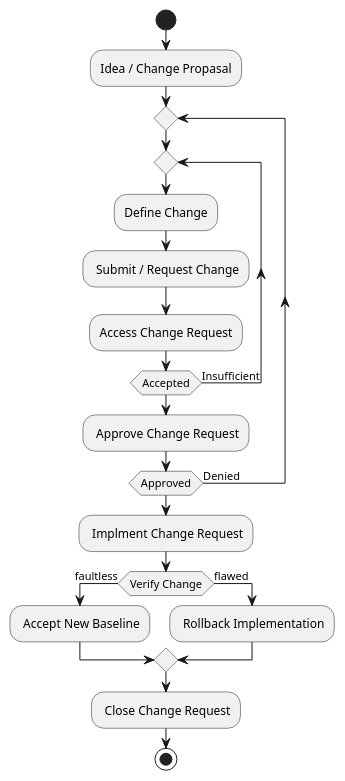
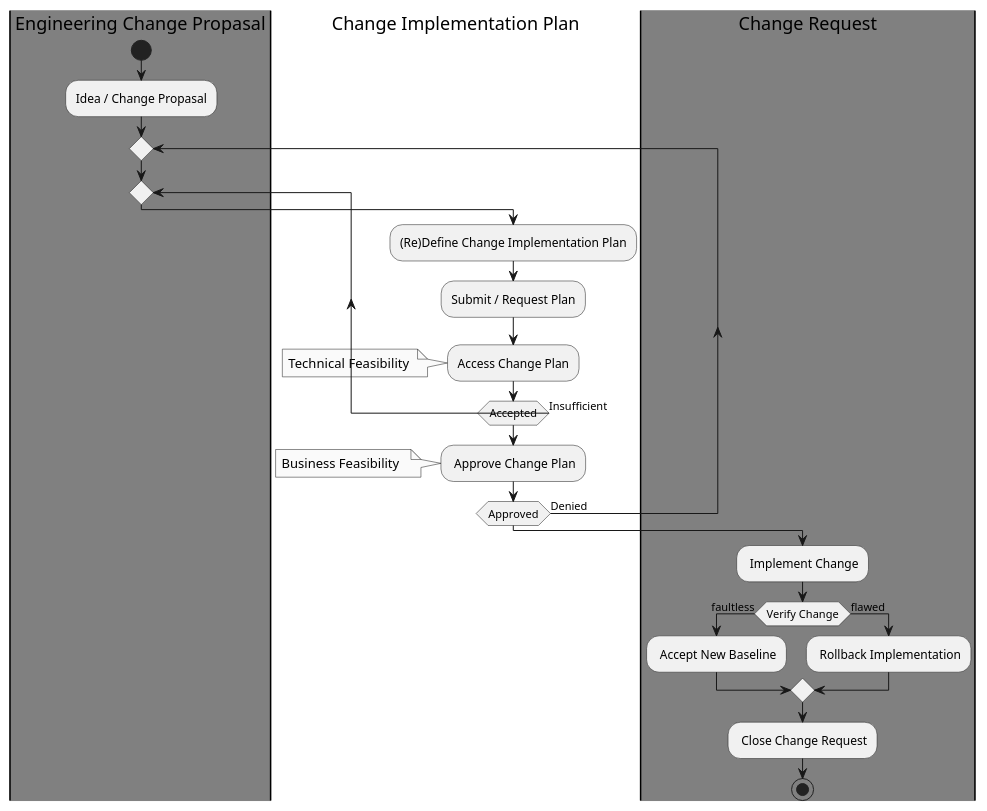
One commit to TristanMoe/CompanyH changed the diagram in Diagrammer/changediagram.wsd. Above: the diagram before and after it, drawn with PlantUML. The commit also changed 10 other files, not shown here.

Commit message:
added diagrams

```diff
--- a/Diagrammer/changediagram.wsd
+++ b/Diagrammer/changediagram.wsd
@@ -1,24 +1,33 @@
 @startuml 
 skinparam monochrome true
 
+|#gray|Engineering Change Propasal|
 start 
-:Idea / Change Propasal; 
+  :Idea / Change Propasal; 
 repeat 
 repeat
-:Define Change; 
-: Submit / Request Change; 
-  :Access Change Request;
+
+|Change Implementation Plan| 
+  :(Re)Define Change Implementation Plan; 
+  :Submit / Request Plan; 
+  :Access Change Plan;
+  note left
+    Technical Feasibility 
+  end note 
 repeat while (Accepted) is (Insufficient)
-: Approve Change Request; 
+: Approve Change Plan; 
+  note left
+    Business Feasibility  
+  end note 
 repeat while (Approved) is (Denied)
-: Implment Change Request; 
+|#gray|Change Request|
+: Implement Change; 
 if (Verify Change) then (faultless)
     : Accept New Baseline; 
 else (flawed)
     : Rollback Implementation; 
 endif 
 : Close Change Request; 
 
-
 stop 
 @enduml
```
